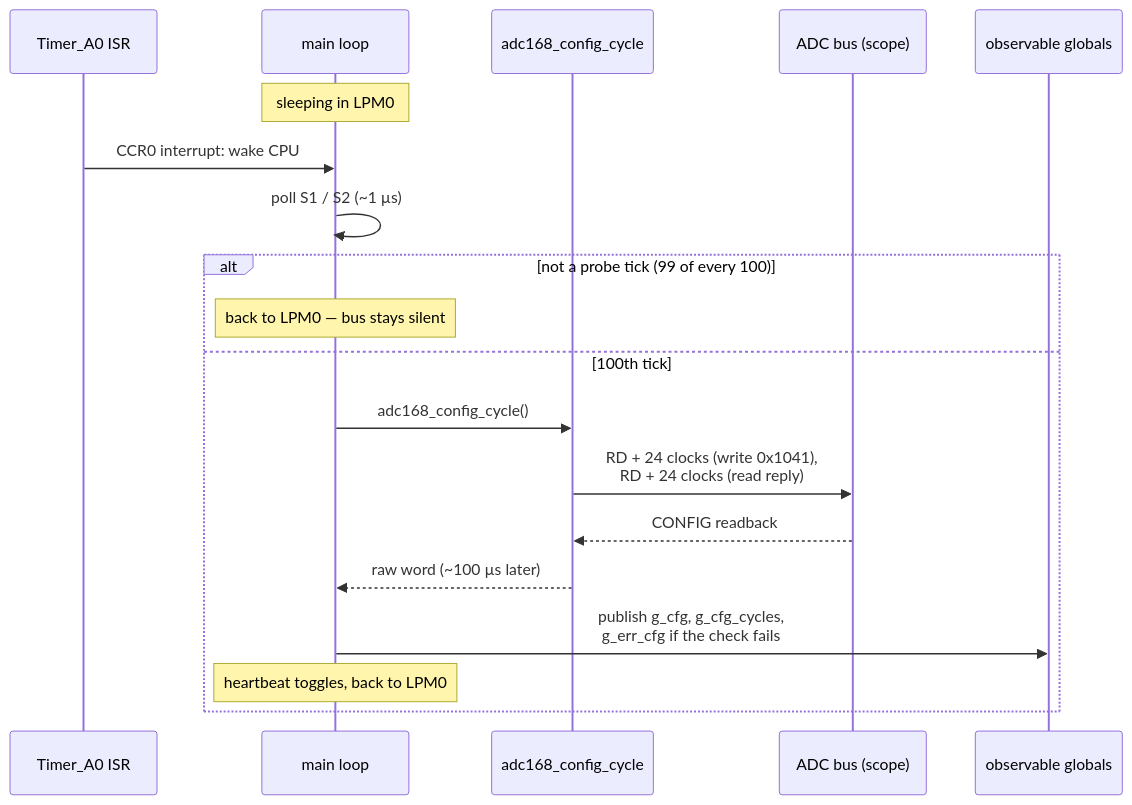
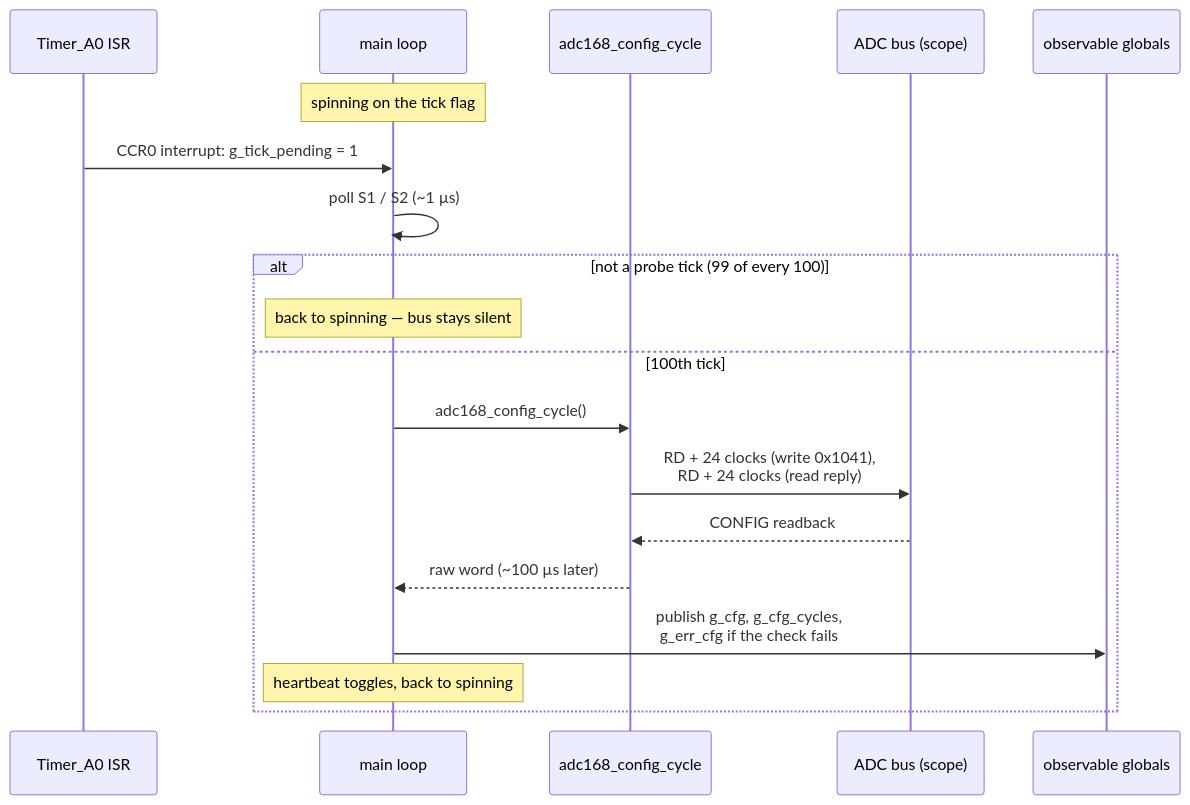
Diagram 12 of 13 in docs/DESIGN.md (S-OConnor/MSP430_TestRepo), drawn with Mermaid before and after one commit. The commit also changed other lines of this file and 9 other files, not shown here.

````diff
--- a/docs/DESIGN.md
+++ b/docs/DESIGN.md
@@ -1166,22 +1196,22 @@
 ```mermaid
 sequenceDiagram
     participant T as Timer_A0 ISR
     participant L as main loop
     participant D as adc168_config_cycle
     participant B as ADC bus (scope)
     participant G as observable globals
 
-    Note over L: sleeping in LPM0
-    T->>L: CCR0 interrupt: wake CPU
+    Note over L: spinning on the tick flag
+    T->>L: CCR0 interrupt: g_tick_pending = 1
     L->>L: poll S1 / S2 (~1 µs)
     alt not a probe tick (99 of every 100)
-        Note over L: back to LPM0 — bus stays silent
+        Note over L: back to spinning — bus stays silent
     else 100th tick
         L->>D: adc168_config_cycle()
         D->>B: RD + 24 clocks (write 0x1041),<br/>RD + 24 clocks (read reply)
         B-->>D: CONFIG readback
         D-->>L: raw word (~100 µs later)
         L->>G: publish g_cfg, g_cfg_cycles,<br/>g_err_cfg if the check fails
-        Note over L: heartbeat toggles, back to LPM0
+        Note over L: heartbeat toggles, back to spinning
     end
 ```
````
